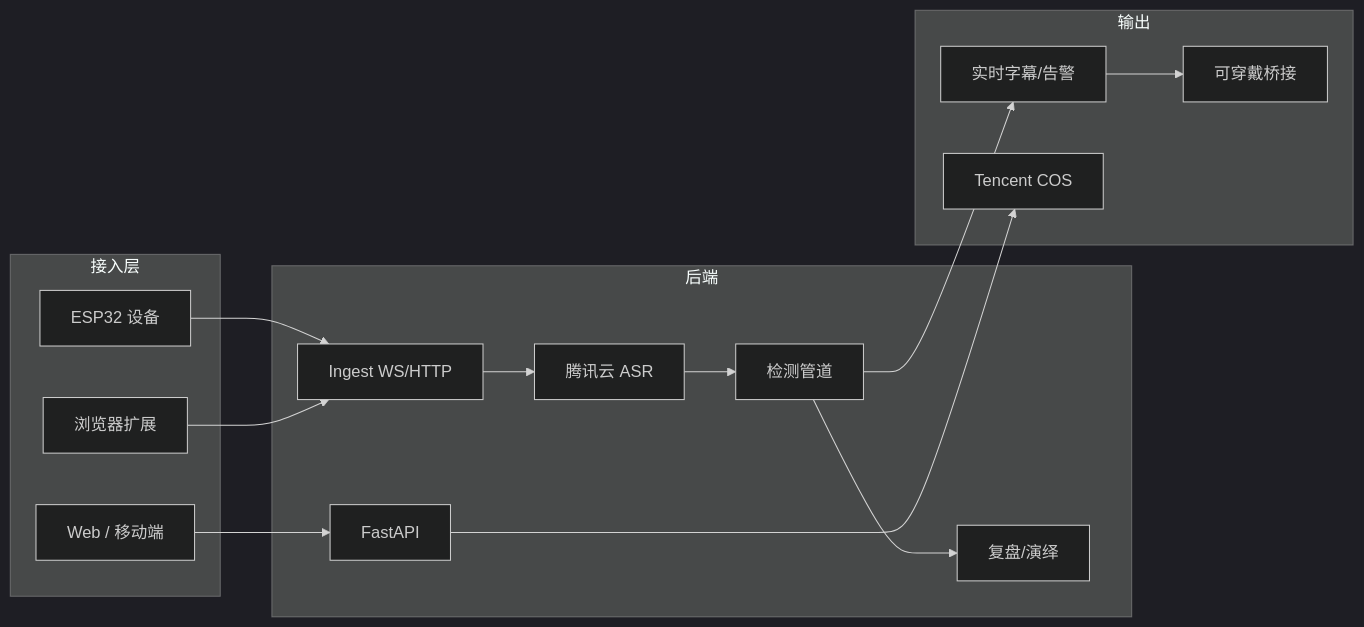
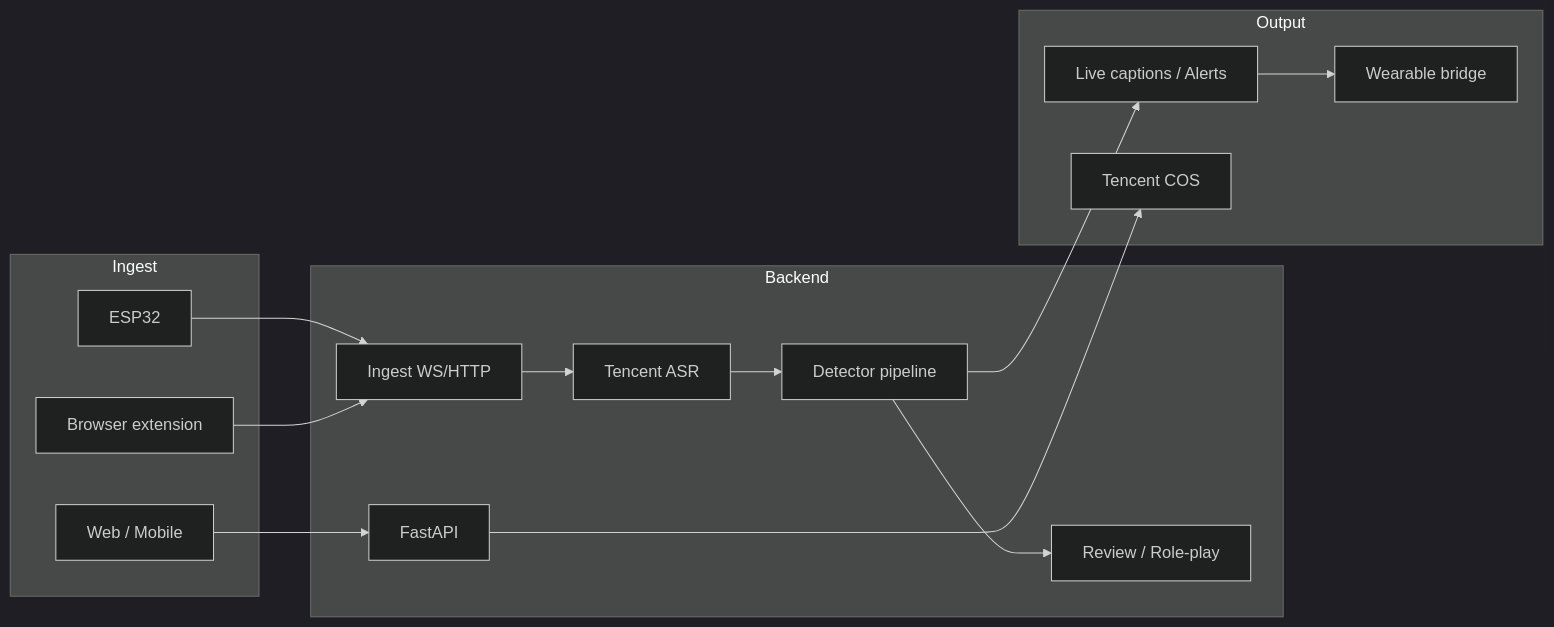
One commit to Info-Tech-org/Dialog changed the diagram in README.md. Above: the diagram before and after it, drawn with Mermaid (dark theme). The commit also changed other lines of this file and 6 other files, not shown here.

````diff
--- a/README.md
+++ b/README.md
@@ -65,29 +66,29 @@
 ```mermaid
 flowchart LR
-  subgraph 接入层
-    A[ESP32 设备]
-    B[浏览器扩展]
-    C[Web / 移动端]
+  subgraph Ingest
+    A[ESP32]
+    B[Browser extension]
+    C[Web / Mobile]
   end
 
-  subgraph 后端
+  subgraph Backend
     D[FastAPI]
     E[Ingest WS/HTTP]
-    F[腾讯云 ASR]
-    G[检测管道]
-    H[复盘/演绎]
+    F[Tencent ASR]
+    G[Detector pipeline]
+    H[Review / Role-play]
   end
 
-  subgraph 输出
-    I[实时字幕/告警]
+  subgraph Output
+    I[Live captions / Alerts]
     J[Tencent COS]
-    K[可穿戴桥接]
+    K[Wearable bridge]
   end
 
   A & B --> E
   C --> D
   E --> F --> G --> H
   G --> I
   D --> J
   I --> K
 ```
````
